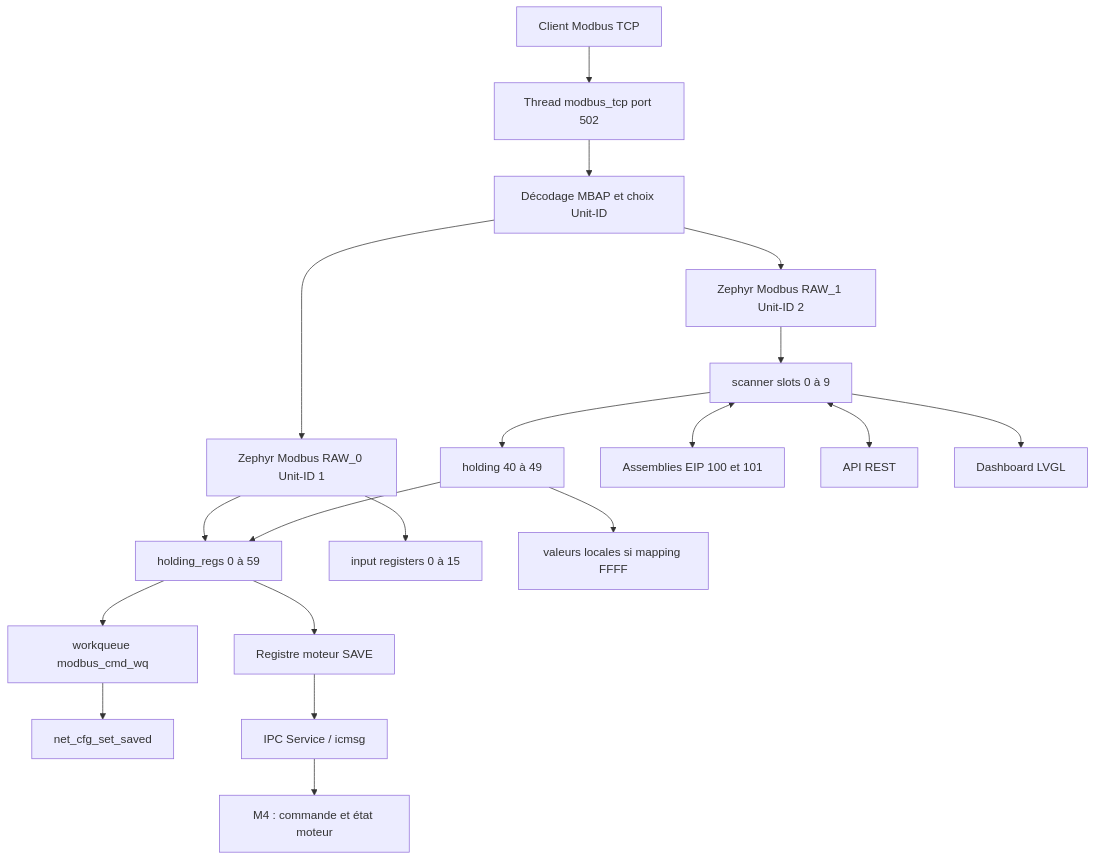
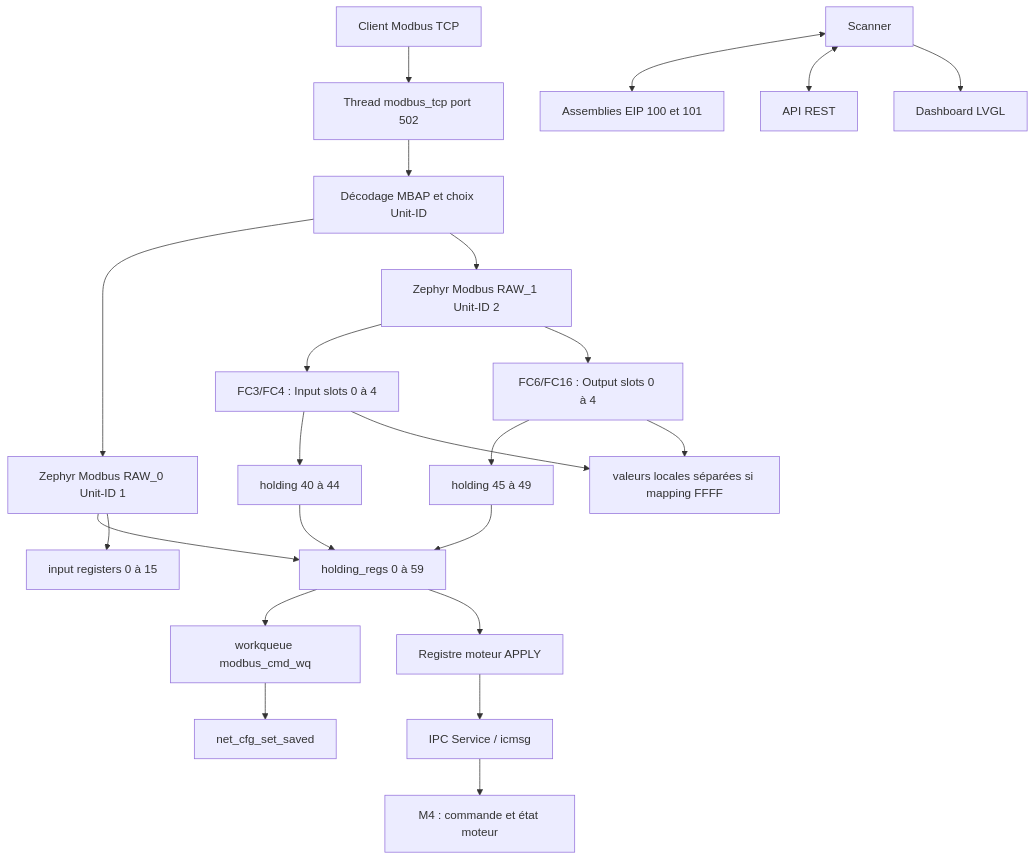
The diagram in app_m7/src/protocols/modbus/DES04_Modbus.md (BehloulAmine/industrial-ethernet), drawn with Mermaid before and after one commit. The commit also changed other lines of this file and 5 other files, not shown here.

Commit message:
Phase 10: refactor Modbus scanner to support directional input and output mappings with updated register handling

````diff
--- a/app_m7/src/protocols/modbus/DES04_Modbus.md
+++ b/app_m7/src/protocols/modbus/DES04_Modbus.md
@@ -10,21 +10,25 @@
 ```mermaid
 flowchart TD
     Client["Client Modbus TCP"] --> Socket["Thread modbus_tcp port 502"]
     Socket --> MBAP["Décodage MBAP et choix Unit-ID"]
     MBAP --> Raw0["Zephyr Modbus RAW_0 Unit-ID 1"]
     MBAP --> Raw1["Zephyr Modbus RAW_1 Unit-ID 2"]
     Raw0 --> Holding["holding_regs 0 à 59"]
     Raw0 --> Input["input registers 0 à 15"]
-    Raw1 --> Scanner["scanner slots 0 à 9"]
-    Scanner --> Mapping["holding 40 à 49"]
-    Mapping --> Holding
-    Mapping --> Local["valeurs locales si mapping FFFF"]
+    Raw1 --> InputScanner["FC3/FC4 : Input slots 0 à 4"]
+    Raw1 --> OutputScanner["FC6/FC16 : Output slots 0 à 4"]
+    InputScanner --> InputMapping["holding 40 à 44"]
+    OutputScanner --> OutputMapping["holding 45 à 49"]
+    InputMapping --> Holding
+    OutputMapping --> Holding
+    InputScanner --> Local["valeurs locales séparées si mapping FFFF"]
+    OutputScanner --> Local
     Holding --> Save["workqueue modbus_cmd_wq"]
     Save --> NetCfg["net_cfg_set_saved"]
-    Holding --> Apply["Registre moteur SAVE"]
+    Holding --> Apply["Registre moteur APPLY"]
     Apply --> IPC["IPC Service / icmsg"]
     IPC --> M4["M4 : commande et état moteur"]
     Scanner <--> EIP["Assemblies EIP 100 et 101"]
     Scanner <--> Web["API REST"]
     Scanner --> LCD["Dashboard LVGL"]
 ```
````
